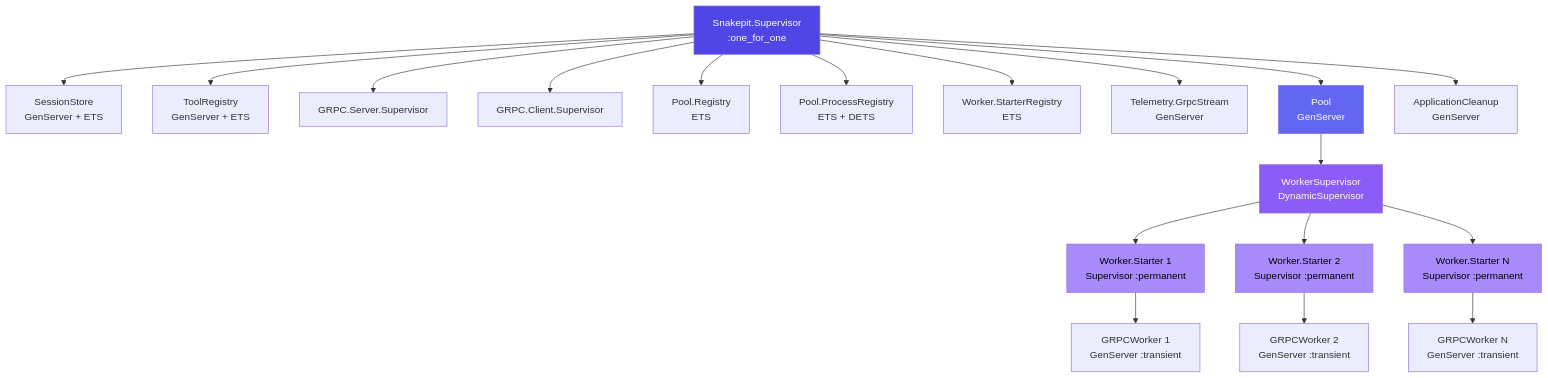
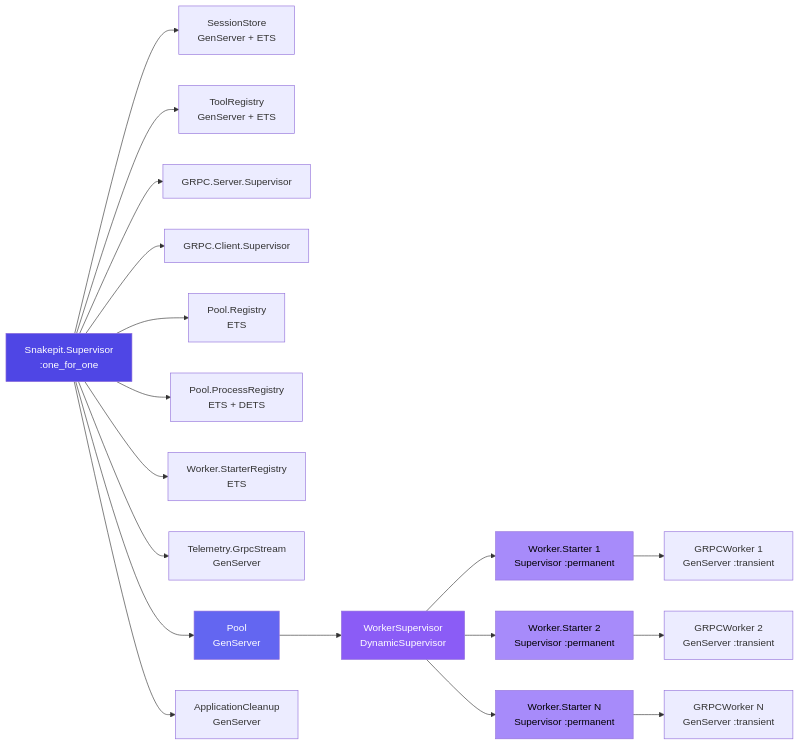
Before and after one commit to nshkrdotcom/snakepit: the second of 12 diagrams in DIAGRAMS.md, drawn with Mermaid. The commit also changed other lines of this file and 8 other files, not shown here.

First line of the commit message:
docs: add machine learning protocols and implementation roadmap

````diff
--- a/DIAGRAMS.md
+++ b/DIAGRAMS.md
@@ -54,32 +75,32 @@
 ```mermaid
-flowchart TD
+flowchart LR
     S[Snakepit.Supervisor<br/>:one_for_one]
 
     S --> SS[SessionStore<br/>GenServer + ETS]
     S --> TR[ToolRegistry<br/>GenServer + ETS]
     S --> GSS[GRPC.Server.Supervisor]
     S --> GCS[GRPC.Client.Supervisor]
     S --> REG[Pool.Registry<br/>ETS]
     S --> PR[Pool.ProcessRegistry<br/>ETS + DETS]
     S --> WSR[Worker.StarterRegistry<br/>ETS]
     S --> TGS[Telemetry.GrpcStream<br/>GenServer]
     S --> P[Pool<br/>GenServer]
     S --> AC[ApplicationCleanup<br/>GenServer]
 
     P --> WS[WorkerSupervisor<br/>DynamicSupervisor]
 
     WS --> ST1[Worker.Starter 1<br/>Supervisor :permanent]
     WS --> ST2[Worker.Starter 2<br/>Supervisor :permanent]
     WS --> STN[Worker.Starter N<br/>Supervisor :permanent]
 
     ST1 --> GW1[GRPCWorker 1<br/>GenServer :transient]
     ST2 --> GW2[GRPCWorker 2<br/>GenServer :transient]
     STN --> GWN[GRPCWorker N<br/>GenServer :transient]
 
     style S fill:#4f46e5,color:#fff
     style P fill:#6366f1,color:#fff
     style WS fill:#8b5cf6,color:#fff
     style ST1 fill:#a78bfa,color:#000
     style ST2 fill:#a78bfa,color:#000
     style STN fill:#a78bfa,color:#000
 ```
````
